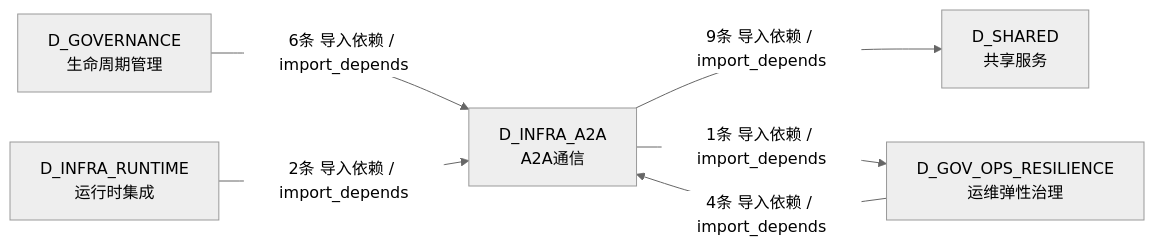
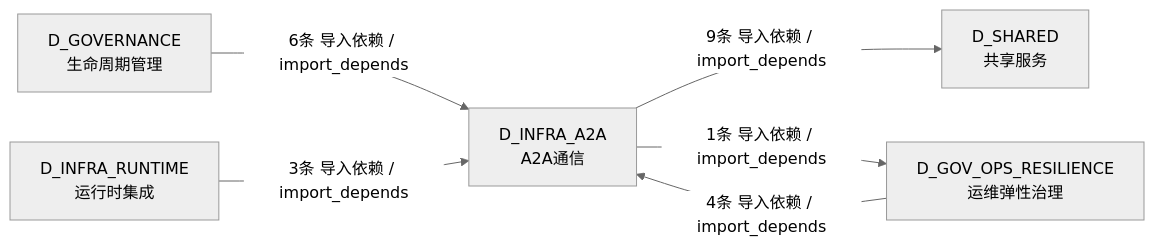
The fifth of 5 diagrams in docs/02_enterprise_architecture/02_domain_architecture_docs/01_d_infra_a2a.md (xuanFelixVan/ZephyrAlpha), drawn with Mermaid (neutral theme) before and after one commit. The commit also changed other lines of this file and 128 other files, not shown here.

````diff
--- a/docs/02_enterprise_architecture/02_domain_architecture_docs/01_d_infra_a2a.md
+++ b/docs/02_enterprise_architecture/02_domain_architecture_docs/01_d_infra_a2a.md
@@ -501,13 +493,13 @@
 ```mermaid
 graph LR
     D_INFRA_A2A["D_INFRA_A2A<br/>A2A通信"]
     D_SHARED["D_SHARED<br/>共享服务"]
     D_GOV_OPS_RESILIENCE["D_GOV_OPS_RESILIENCE<br/>运维弹性治理"]
     D_GOVERNANCE["D_GOVERNANCE<br/>生命周期管理"]
     D_INFRA_RUNTIME["D_INFRA_RUNTIME<br/>运行时集成"]
     D_INFRA_A2A -->|9条 导入依赖 / import_depends| D_SHARED
     D_INFRA_A2A -->|1条 导入依赖 / import_depends| D_GOV_OPS_RESILIENCE
     D_GOVERNANCE -->|6条 导入依赖 / import_depends| D_INFRA_A2A
     D_GOV_OPS_RESILIENCE -->|4条 导入依赖 / import_depends| D_INFRA_A2A
-    D_INFRA_RUNTIME -->|2条 导入依赖 / import_depends| D_INFRA_A2A
+    D_INFRA_RUNTIME -->|3条 导入依赖 / import_depends| D_INFRA_A2A
 ```
````
